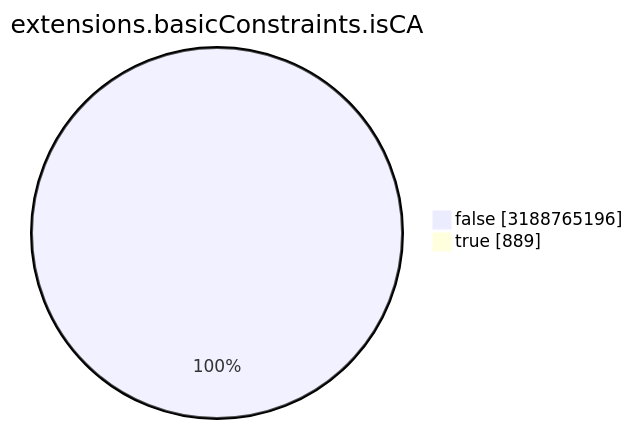
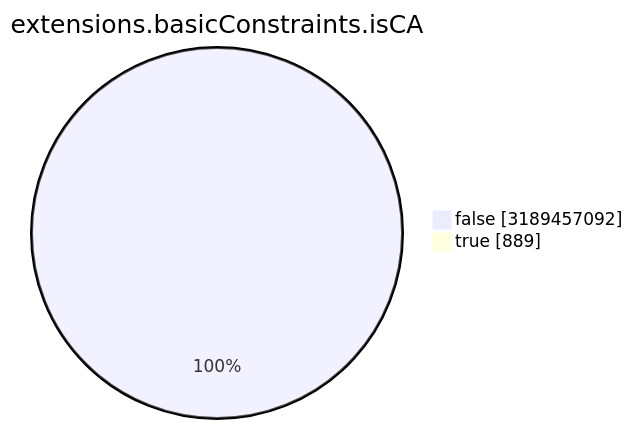
One commit to christiankrug/ctmonitor_visualization changed the seventh of 15 diagrams in TOTAL/README.md. Above: the diagram before and after it, drawn with Mermaid. The commit also changed other lines of this file, not shown here.

````diff
--- a/TOTAL/README.md
+++ b/TOTAL/README.md
@@ -3088,6 +3088,6 @@
 ```mermaid
 pie showData
 title extensions.basicConstraints.isCA
-"false" :3188765196
+"false" :3189457092
 "true" :889
 ```
````
